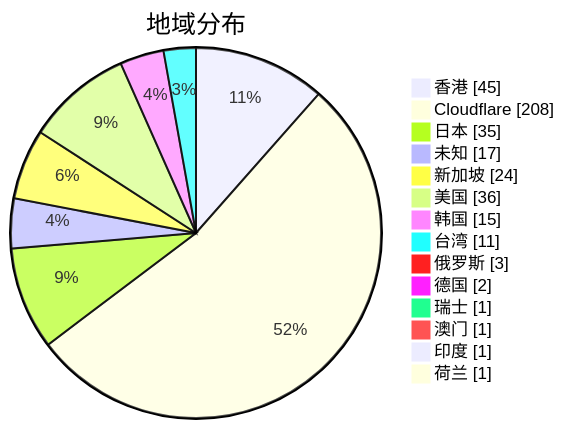
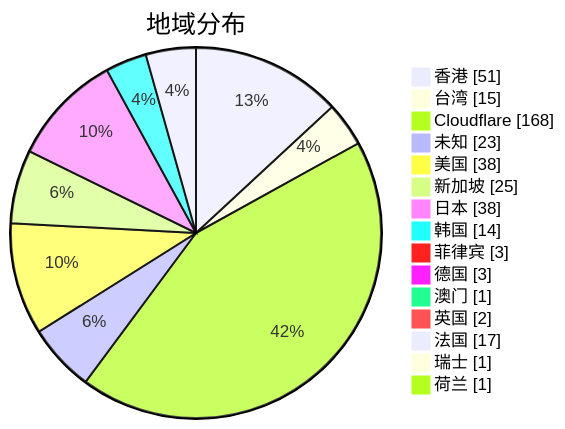
One commit to qjlxg/airport changed the second of 3 diagrams in subs/statistics/tested_within.md. Above: the diagram before and after it, drawn with Mermaid. The commit also changed other lines of this file and 2 other files, not shown here.

````diff
--- a/subs/statistics/tested_within.md
+++ b/subs/statistics/tested_within.md
@@ -14,18 +13,19 @@
 ```mermaid
 pie showData
 title 地域分布
-"香港" : 45
-"Cloudflare" : 208
-"日本" : 35
-"未知" : 17
-"新加坡" : 24
-"美国" : 36
-"韩国" : 15
-"台湾" : 11
-"俄罗斯" : 3
-"德国" : 2
+"香港" : 51
+"台湾" : 15
+"Cloudflare" : 168
+"未知" : 23
+"美国" : 38
+"新加坡" : 25
+"日本" : 38
+"韩国" : 14
+"菲律宾" : 3
+"德国" : 3
+"澳门" : 1
+"英国" : 2
+"法国" : 17
 "瑞士" : 1
-"澳门" : 1
-"印度" : 1
 "荷兰" : 1
 ```
````
